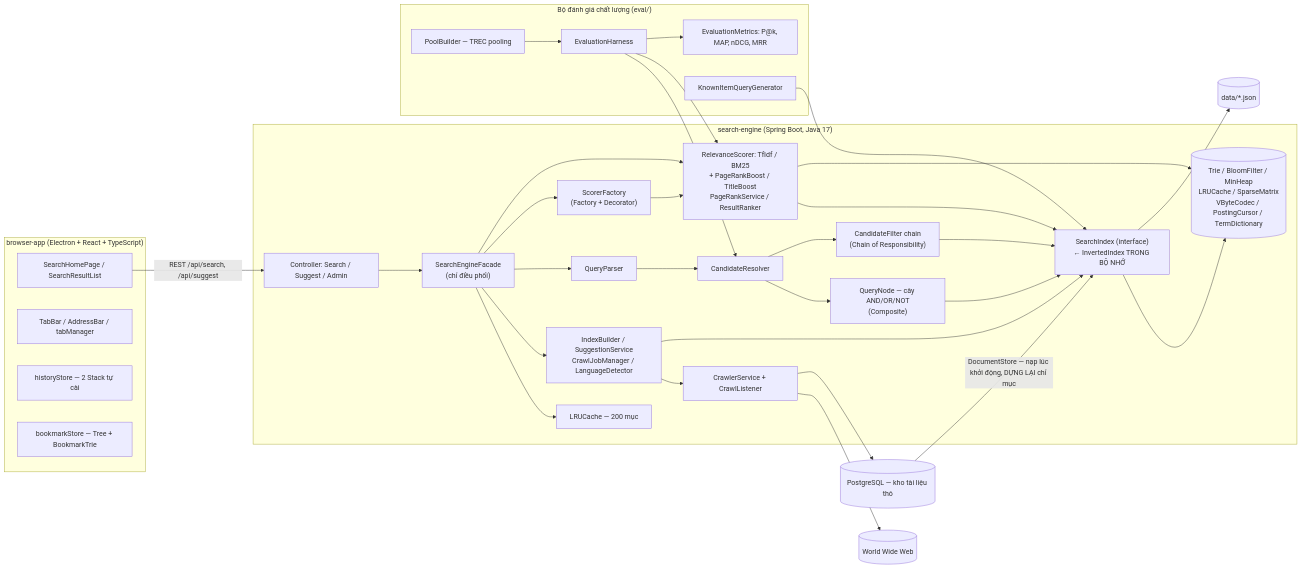
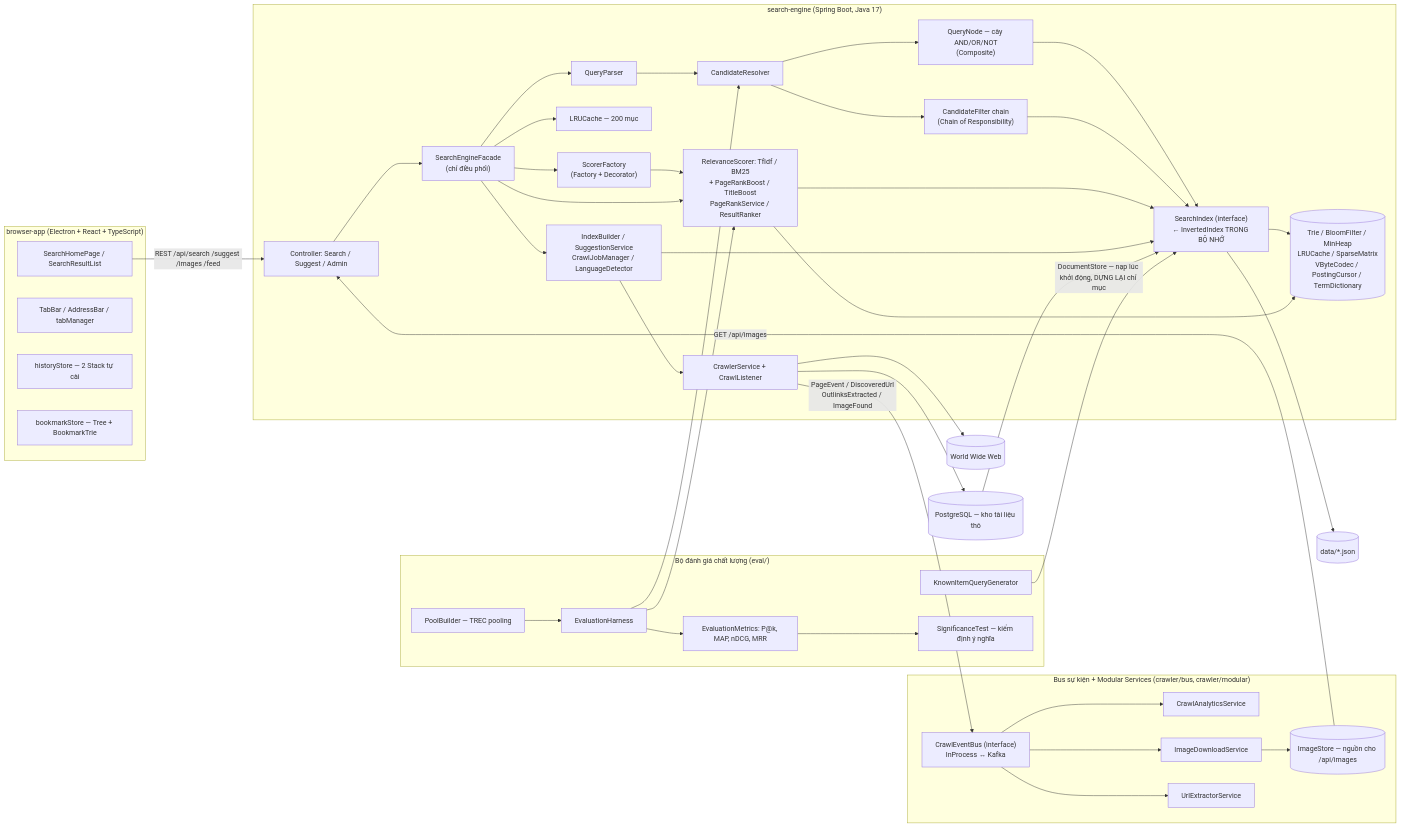
Before and after one commit to KietAnhCS/CocCoc-Plus: the first of 7 diagrams in docs/ARCHITECTURE.md, drawn with Mermaid. The commit also changed other lines of this file, not shown here.

First line of the commit message:
docs: update architecture to match code

````diff
--- a/docs/ARCHITECTURE.md
+++ b/docs/ARCHITECTURE.md
@@ -52,64 +52,80 @@
 ```mermaid
 flowchart LR
     subgraph Electron["browser-app (Electron + React + TypeScript)"]
         UI[SearchHomePage / SearchResultList]
         Tabs[TabBar / AddressBar / tabManager]
         Hist["historyStore — 2 Stack tự cài"]
         Bkm["bookmarkStore — Tree + BookmarkTrie"]
     end
 
     subgraph Backend["search-engine (Spring Boot, Java 17)"]
         Ctl["Controller: Search / Suggest / Admin"]
         Facade["SearchEngineFacade<br/>(chỉ điều phối)"]
         Svc["IndexBuilder / SuggestionService<br/>CrawlJobManager / LanguageDetector"]
         Cache["LRUCache — 200 mục"]
         Crawl["CrawlerService + CrawlListener"]
         QP[QueryParser]
         Ast["QueryNode — cây AND/OR/NOT<br/>(Composite)"]
         Filt["CandidateFilter chain<br/>(Chain of Responsibility)"]
         Resolve[CandidateResolver]
         Idx["SearchIndex (interface)<br/>← InvertedIndex TRONG BỘ NHỚ"]
         Fact["ScorerFactory<br/>(Factory + Decorator)"]
         Rank["RelevanceScorer: TfIdf / BM25<br/>+ PageRankBoost / TitleBoost<br/>PageRankService / ResultRanker"]
         DS[("Trie / BloomFilter / MinHeap<br/>LRUCache / SparseMatrix<br/>VByteCodec / PostingCursor / TermDictionary")]
     end
 
+    subgraph Bus["Bus sự kiện + Modular Services (crawler/bus, crawler/modular)"]
+        EB["CrawlEventBus (interface)<br/>InProcess ↔ Kafka"]
+        MS1[CrawlAnalyticsService]
+        MS2[ImageDownloadService]
+        MS3[UrlExtractorService]
+        IS[("ImageStore — nguồn cho /api/images")]
+    end
+
     subgraph Eval["Bộ đánh giá chất lượng (eval/)"]
         Harness[EvaluationHarness]
         Metrics["EvaluationMetrics: P@k, MAP, nDCG, MRR"]
         Known[KnownItemQueryGenerator]
         Pool["PoolBuilder — TREC pooling"]
+        Sig["SignificanceTest — kiểm định ý nghĩa"]
     end
 
     Web[(World Wide Web)]
     Data[("data/*.json")]
     PG[("PostgreSQL — kho tài liệu thô")]
 
-    UI -->|"REST /api/search, /api/suggest"| Ctl
+    UI -->|"REST /api/search /suggest /images /feed"| Ctl
     Ctl --> Facade
     Facade --> Cache
     Facade --> Svc
     Facade --> QP
     QP --> Resolve
     Resolve --> Ast
     Resolve --> Filt
     Ast --> Idx
     Filt --> Idx
     Facade --> Fact
     Fact --> Rank
     Facade --> Rank
     Rank --> Idx
     Idx --> DS
     Rank --> DS
     Svc --> Crawl
     Crawl --> Web
     Svc --> Idx
     Idx --> Data
     Crawl --> PG
     PG -->|"DocumentStore — nạp lúc khởi động, DỰNG LẠI chỉ mục"| Idx
+    Crawl -->|"PageEvent / DiscoveredUrl<br/>OutlinksExtracted / ImageFound"| EB
+    EB --> MS1
+    EB --> MS2
+    EB --> MS3
+    MS2 --> IS
+    IS -->|"GET /api/images"| Ctl
     Known --> Idx
     Harness --> Resolve
     Harness --> Rank
     Harness --> Metrics
+    Metrics --> Sig
     Pool --> Harness
 ```
````
